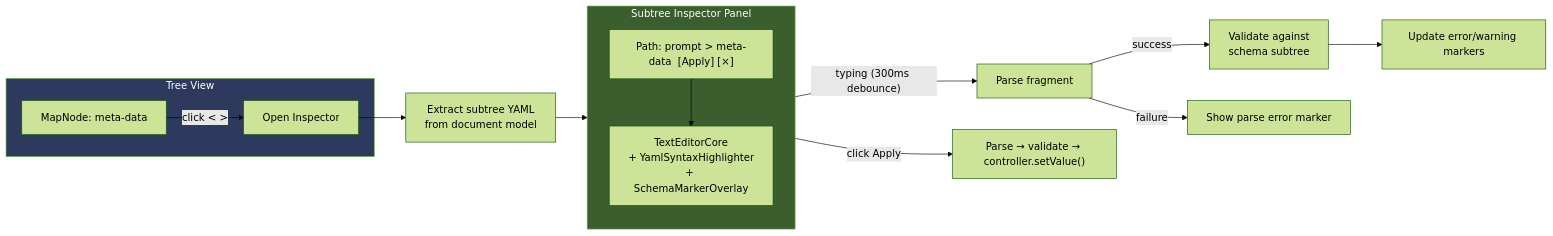
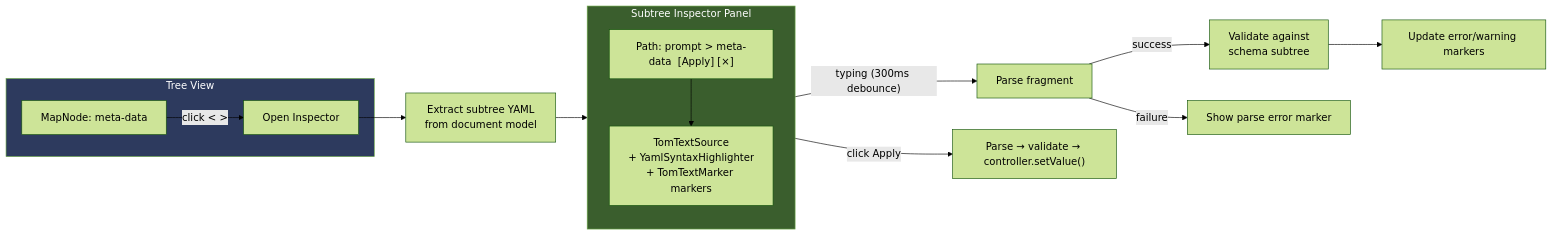
Diagram 16 of 19 in tom_yaml_editor/doc/yaml_editor_architecture_design.md (al-the-bear/tom_forge_modules), drawn with Mermaid (forest theme) before and after one commit. The commit also changed other lines of this file and 19 other files, not shown here.

First line of the commit message:
TextEditorCore goes: the YAML schema editor and inspector draw through TomTextSource (forgerestruct10, part A)

````diff
--- a/tom_yaml_editor/doc/yaml_editor_architecture_design.md
+++ b/tom_yaml_editor/doc/yaml_editor_architecture_design.md
@@ -769,26 +775,26 @@
 ```mermaid
 flowchart LR
     subgraph TreeView["Tree View"]
         Node["MapNode: meta-data"] -->|"click < >"| Open["Open Inspector"]
     end
 
     subgraph Inspector["Subtree Inspector Panel"]
         direction TB
         Header["Path: prompt > meta-data  [Apply] [×]"]
-        Editor["TextEditorCore\n+ YamlSyntaxHighlighter\n+ SchemaMarkerOverlay"]
+        Editor["TomTextSource\n+ YamlSyntaxHighlighter\n+ TomTextMarker markers"]
         Header --> Editor
     end
 
     Open --> Extract["Extract subtree YAML\nfrom document model"]
     Extract --> Editor
 
     Editor -->|"typing (300ms debounce)"| Parse["Parse fragment"]
     Parse -->|success| Validate["Validate against\nschema subtree"]
     Parse -->|failure| ShowParsErr["Show parse error marker"]
     Validate --> UpdateMarkers["Update error/warning markers"]
 
     Editor -->|"click Apply"| ApplyFlow["Parse → validate → controller.setValue()"]
 
     style TreeView fill:#2d3a5e,color:#fff
     style Inspector fill:#3a5e2d,color:#fff
 ```
````
